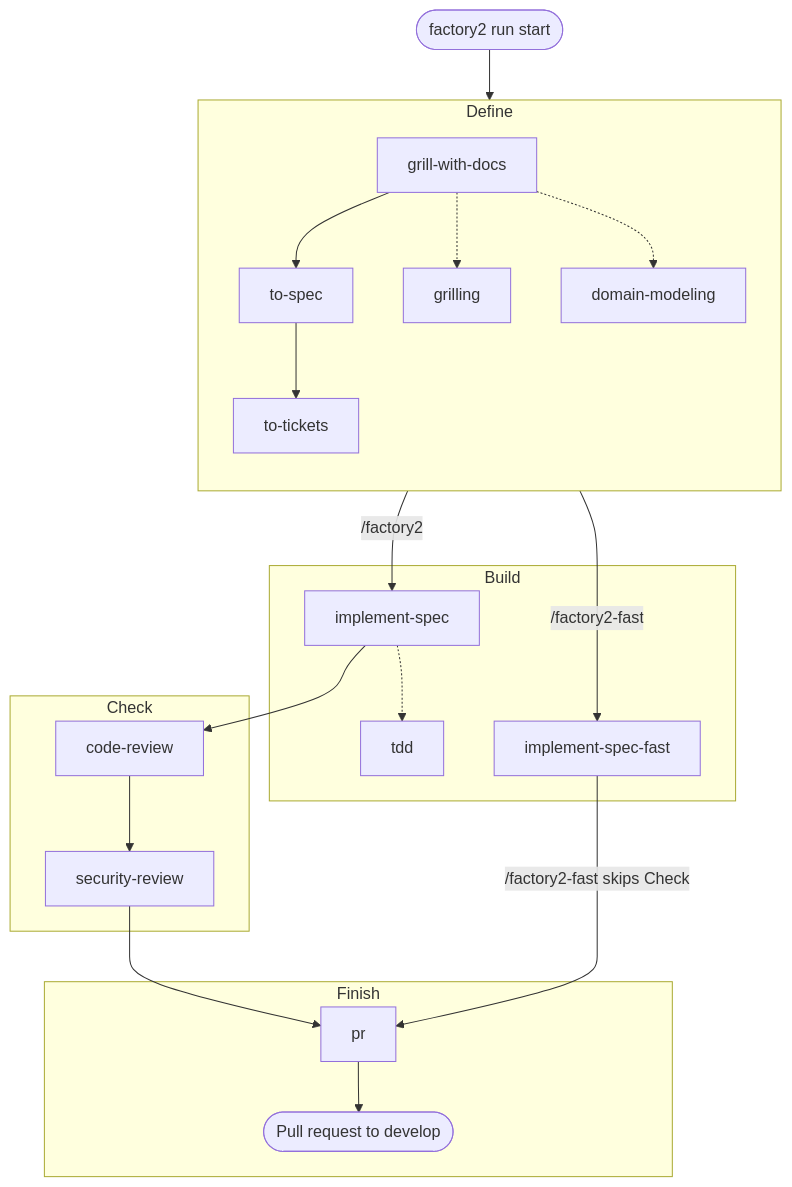
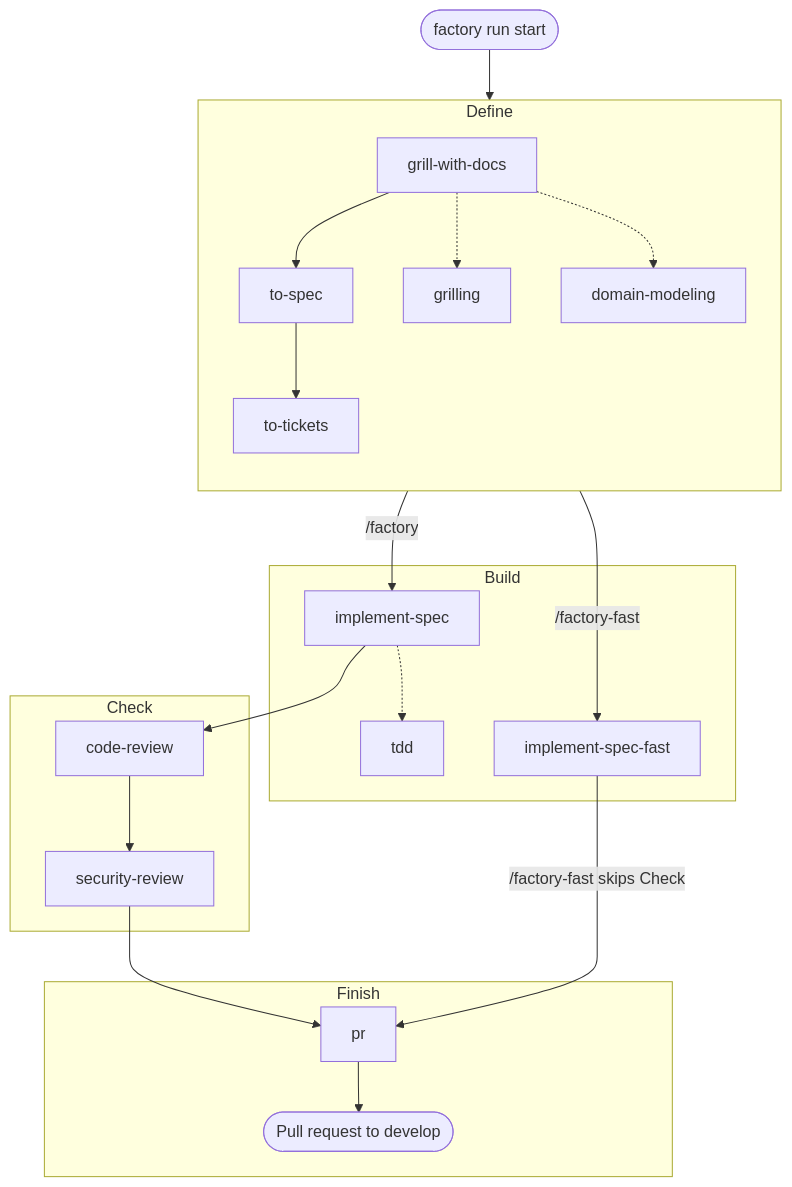
The diagram in README.md (TDSchreur/jidoka), drawn with Mermaid before and after one commit. The commit also changed other lines of this file and 21 other files, not shown here.

````diff
--- a/README.md
+++ b/README.md
@@ -68,30 +68,30 @@
 ```mermaid
 flowchart TB
-    start([factory2 run start]) --> define
+    start([factory run start]) --> define
 
     subgraph define [Define]
         direction TB
         grill[grill-with-docs] --> spec[to-spec] --> tickets[to-tickets]
         grill -.-> grilling[grilling]
         grill -.-> domain[domain-modeling]
     end
 
     subgraph build [Build]
         impl[implement-spec] -.-> tdd[tdd]
         implfast[implement-spec-fast]
     end
 
     subgraph check [Check]
         review[code-review] --> security[security-review]
     end
 
     subgraph finish [Finish]
         pr[pr] --> pull([Pull request to develop])
     end
 
-    define -->|/factory2| impl
-    define -->|/factory2-fast| implfast
+    define -->|/factory| impl
+    define -->|/factory-fast| implfast
     impl --> review
     security --> pr
-    implfast -->|/factory2-fast skips Check| pr
+    implfast -->|/factory-fast skips Check| pr
 ```
````
